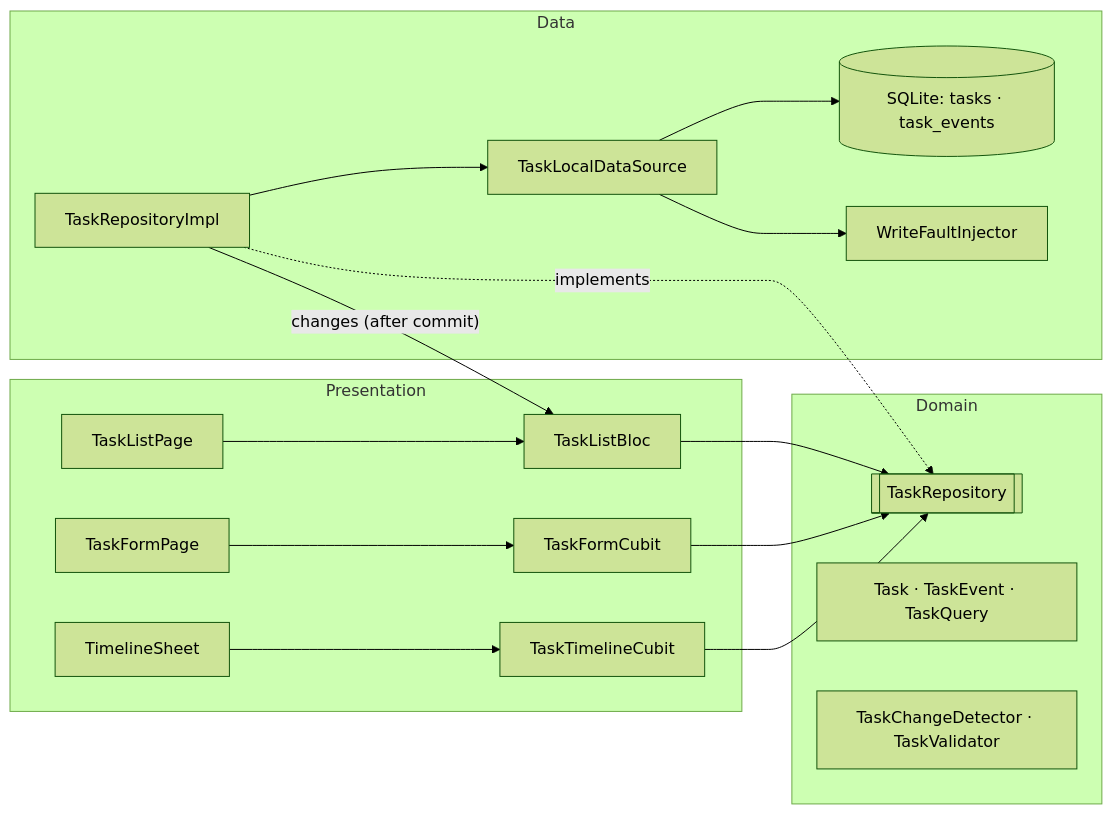
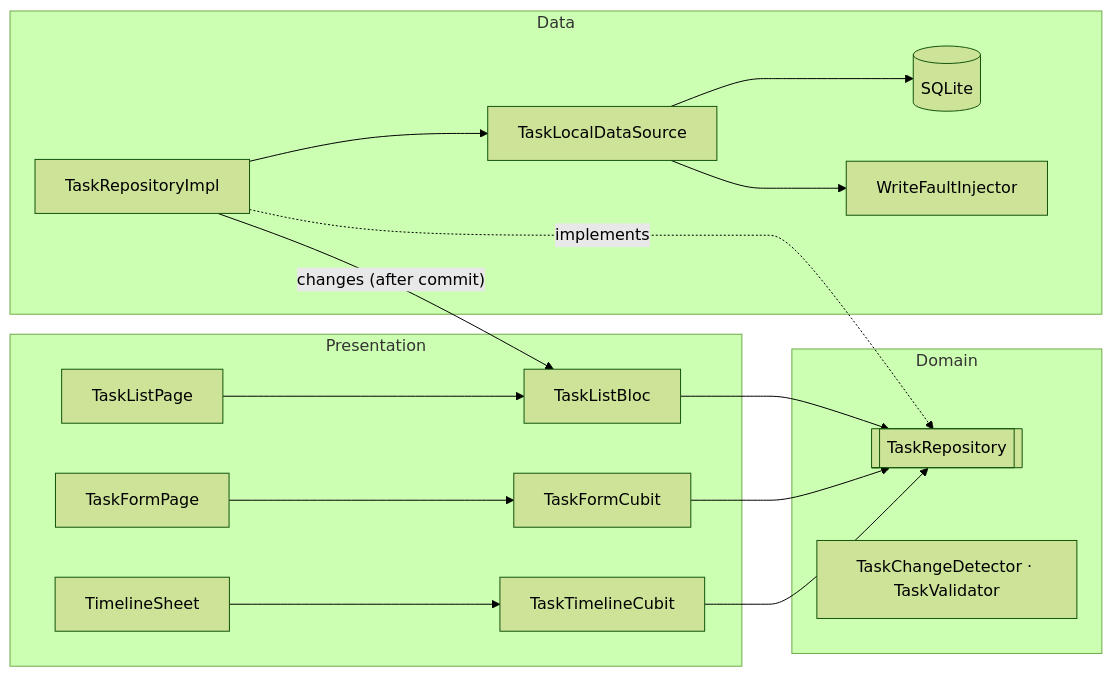
Before and after one commit to MohsenNiazmand/niksam-sample: the diagram in DESIGN.md, drawn with Mermaid (forest theme). The commit also changed other lines of this file, not shown here.

````diff
--- a/DESIGN.md
+++ b/DESIGN.md
@@ -22,21 +10,20 @@
 ```mermaid
 flowchart LR
   subgraph Presentation
-    LP["TaskListPage"] --> LB["TaskListBloc"]
-    FP["TaskFormPage"] --> FC["TaskFormCubit"]
-    TS["TimelineSheet"] --> TC["TaskTimelineCubit"]
+    LP[TaskListPage] --> LB[TaskListBloc]
+    FP[TaskFormPage] --> FC[TaskFormCubit]
+    TS[TimelineSheet] --> TC[TaskTimelineCubit]
   end
   subgraph Domain
-    R[["TaskRepository"]]
-    D["Task · TaskEvent · TaskQuery"]
-    CD["TaskChangeDetector · TaskValidator"]
+    R[[TaskRepository]]
+    CD[TaskChangeDetector · TaskValidator]
   end
   subgraph Data
-    RI["TaskRepositoryImpl"] --> DS["TaskLocalDataSource"]
-    DS --> DB[("SQLite: tasks · task_events")]
-    DS --> FI["WriteFaultInjector"]
+    RI[TaskRepositoryImpl] --> DS[TaskLocalDataSource]
+    DS --> DB[(SQLite)]
+    DS --> FI[WriteFaultInjector]
   end
   LB & FC & TC --> R
   RI -. implements .-> R
   RI -- "changes (after commit)" --> LB
 ```
````
